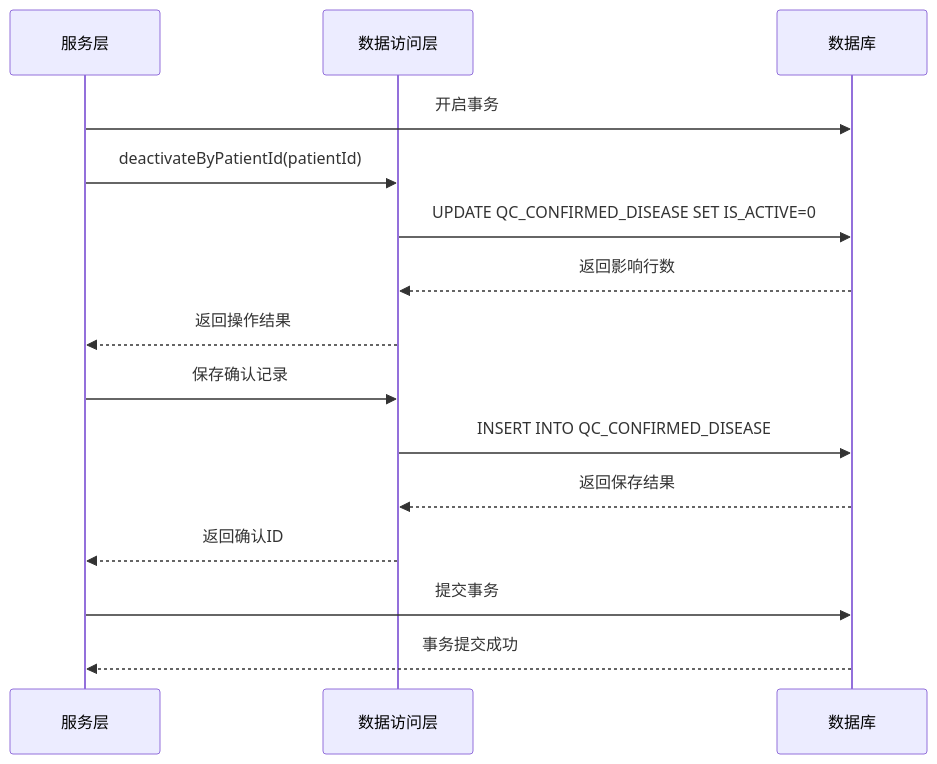
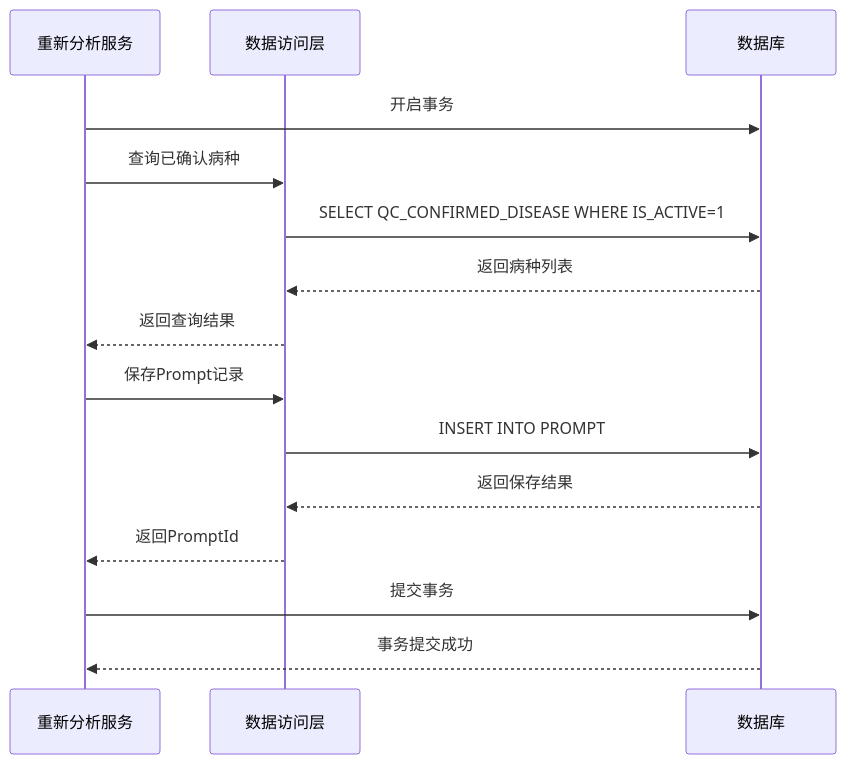
The tenth of 11 diagrams in .qoder/repowiki/zh/content/QC评估引擎.md (liuzh2008/med_ai_assistant_workspace), drawn with Mermaid before and after one commit. The commit also changed other lines of this file and 5 other files, not shown here.

````diff
--- a/.qoder/repowiki/zh/content/QC评估引擎.md
+++ b/.qoder/repowiki/zh/content/QC评估引擎.md
@@ -562,17 +605,17 @@
 ```mermaid
 sequenceDiagram
-participant Service as 服务层
+participant Service as 重新分析服务
 participant Repo as 数据访问层
 participant DB as 数据库
 Service->>DB : 开启事务
-Service->>Repo : deactivateByPatientId(patientId)
-Repo->>DB : UPDATE QC_CONFIRMED_DISEASE SET IS_ACTIVE=0
-DB-->>Repo : 返回影响行数
-Repo-->>Service : 返回操作结果
-Service->>Repo : 保存确认记录
-Repo->>DB : INSERT INTO QC_CONFIRMED_DISEASE
+Service->>Repo : 查询已确认病种
+Repo->>DB : SELECT QC_CONFIRMED_DISEASE WHERE IS_ACTIVE=1
+DB-->>Repo : 返回病种列表
+Repo-->>Service : 返回查询结果
+Service->>Repo : 保存Prompt记录
+Repo->>DB : INSERT INTO PROMPT
 DB-->>Repo : 返回保存结果
-Repo-->>Service : 返回确认ID
+Repo-->>Service : 返回PromptId
 Service->>DB : 提交事务
 DB-->>Service : 事务提交成功
 ```
````
